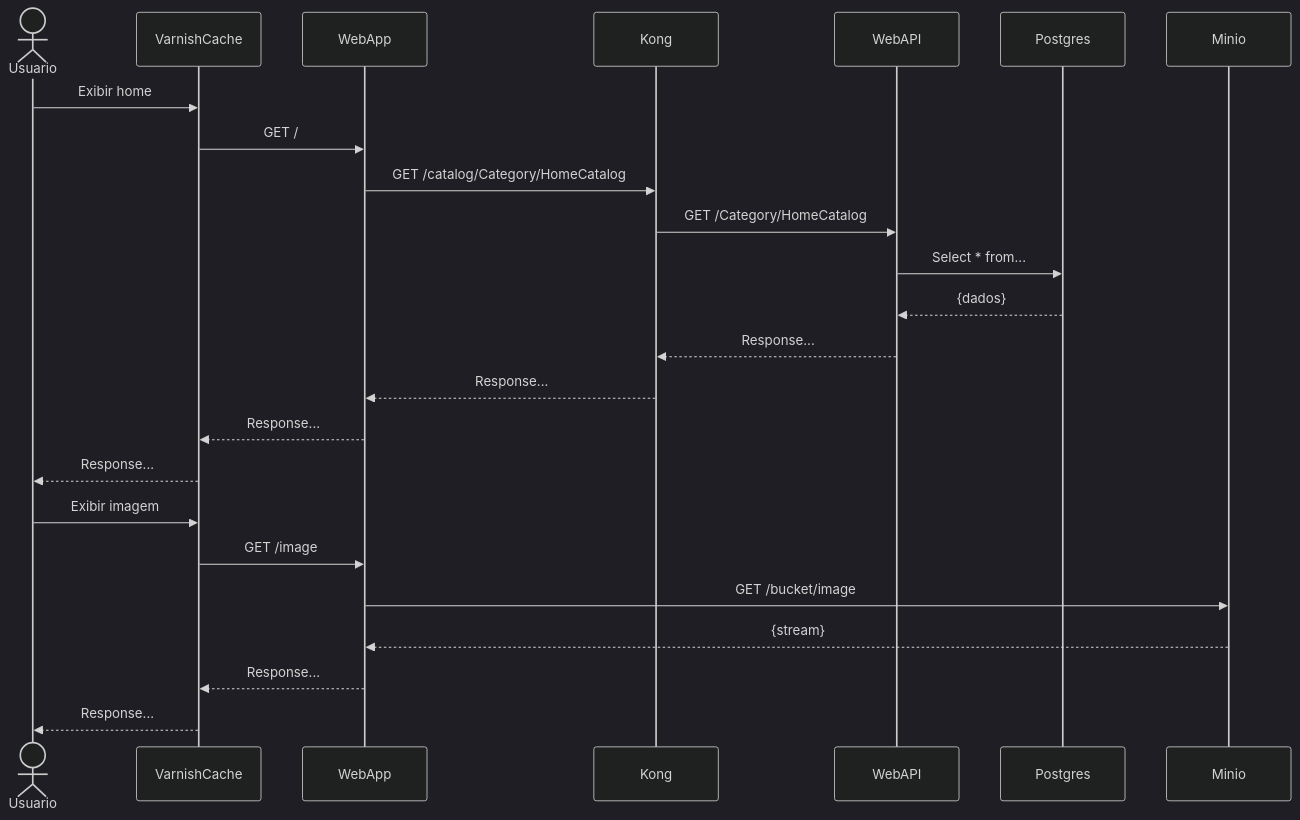
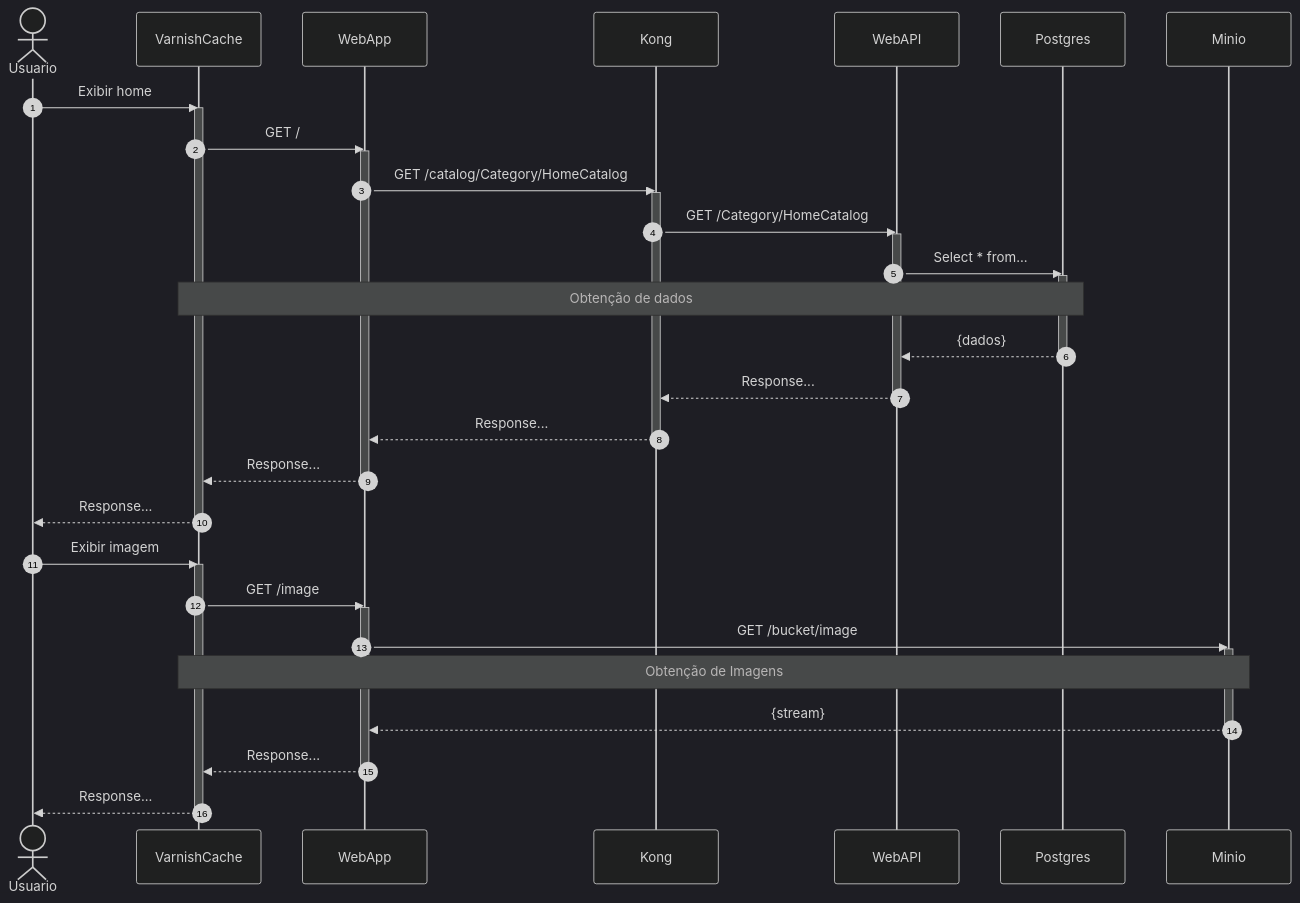
The diagram in README.md (luizcarlosfaria/eshop-cloudnative), drawn with Mermaid (dark theme) before and after one commit.

````diff
--- a/README.md
+++ b/README.md
@@ -56,28 +56,48 @@
 ```mermaid
 sequenceDiagram
+    autonumber
     actor Usuario
     participant VarnishCache
     participant WebApp
     participant Kong
     participant WebAPI
     participant Postgres
     participant Minio
     
     Usuario->>VarnishCache: Exibir home
+    activate VarnishCache
     VarnishCache->>WebApp: GET /
+    activate WebApp
     WebApp->>Kong:  GET /catalog/Category/HomeCatalog
+    activate Kong
     Kong->>WebAPI: GET /Category/HomeCatalog
+    activate WebAPI
     WebAPI->>Postgres: Select * from...
+    activate Postgres
+    Note over VarnishCache,Postgres: Obtenção de dados
     Postgres-->>WebAPI: {dados}
+    deactivate Postgres
     WebAPI-->>Kong: Response...
+    deactivate WebAPI
     Kong-->>WebApp: Response...
+    deactivate Kong
     WebApp-->>VarnishCache: Response...    
+    deactivate WebApp
     VarnishCache-->>Usuario: Response... 
+    deactivate VarnishCache
+    
 
     Usuario->>VarnishCache: Exibir imagem
+    activate VarnishCache
     VarnishCache->>WebApp: GET /image
+    activate WebApp
     WebApp->>Minio:  GET /bucket/image
+    activate Minio
+    Note over VarnishCache,Minio: Obtenção de Imagens
     Minio-->>WebApp: {stream}
-    WebApp-->>VarnishCache: Response...    
-    VarnishCache-->>Usuario: Response...     
+    deactivate Minio
+    WebApp-->>VarnishCache: Response...   
+    deactivate WebApp 
+    VarnishCache-->>Usuario: Response...  
+    deactivate VarnishCache
 ```
````
